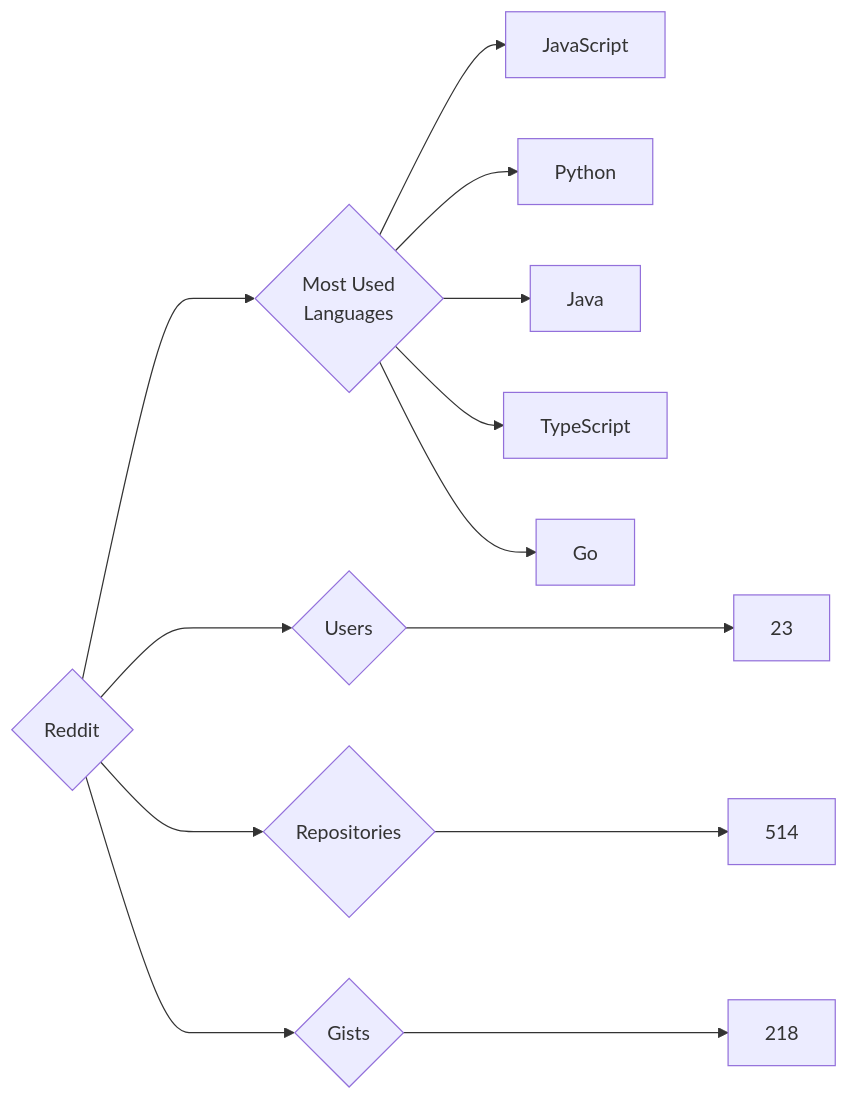
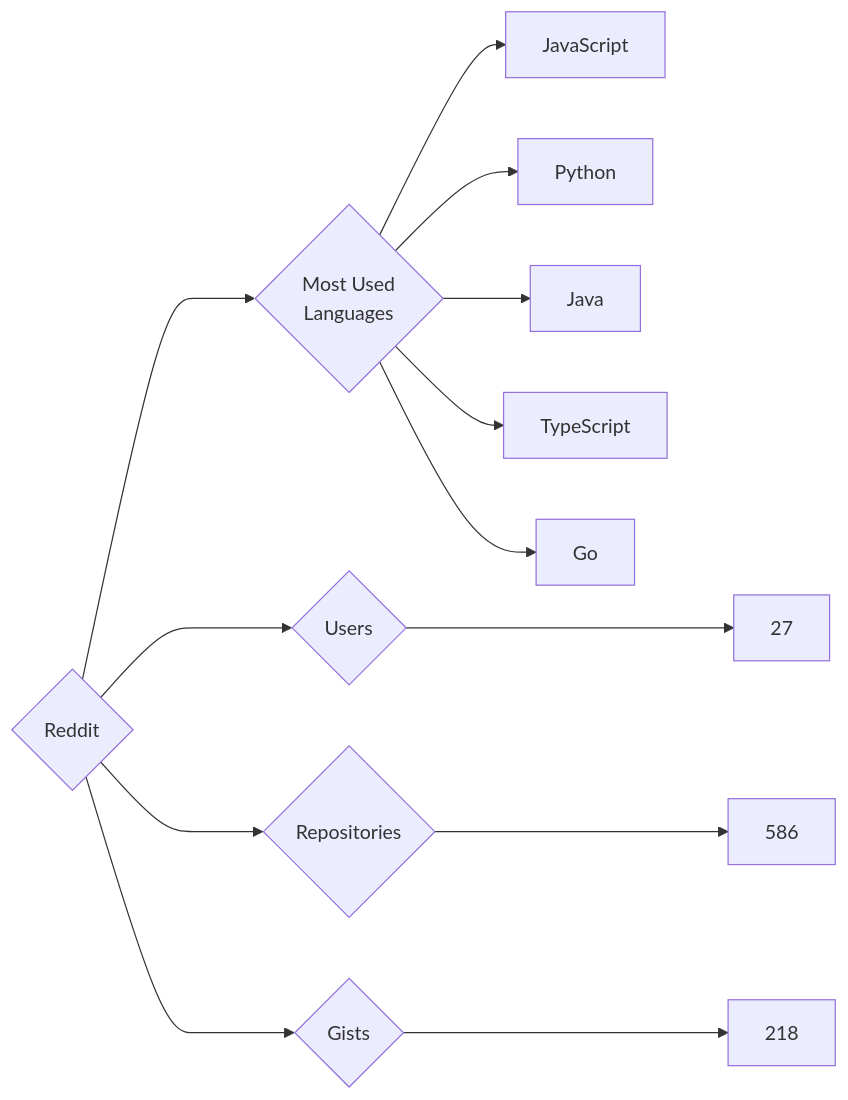
Before and after one commit to trickest/insiders: the diagram in targets/Reddit/README.md, drawn with Mermaid. The commit also changed 681 other files, not shown here.

````diff
--- a/targets/Reddit/README.md
+++ b/targets/Reddit/README.md
@@ -3,13 +3,13 @@
 ```mermaid
 graph LR
 COMPANY_NAME{Reddit}
-COMPANY_NAME ---> U{Users} ---> UN[23]
-COMPANY_NAME ---> R{Repositories} ---> RN[514]
+COMPANY_NAME ---> U{Users} ---> UN[27]
+COMPANY_NAME ---> R{Repositories} ---> RN[586]
 COMPANY_NAME ---> G{Gists} ---> GN[218]
 COMPANY_NAME ---> ML{Most Used<br>Languages}
 ML --> JavaScript[JavaScript]
 ML --> Python[Python]
 ML --> Java[Java]
 ML --> TypeScript[TypeScript]
 ML --> Go[Go]
 ```
````
